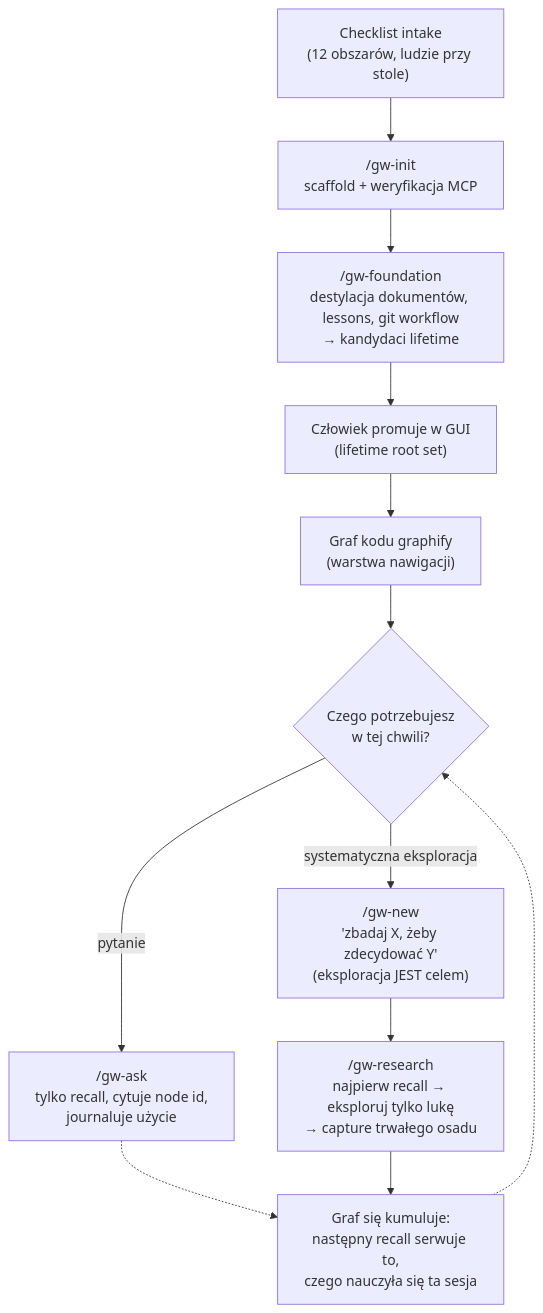
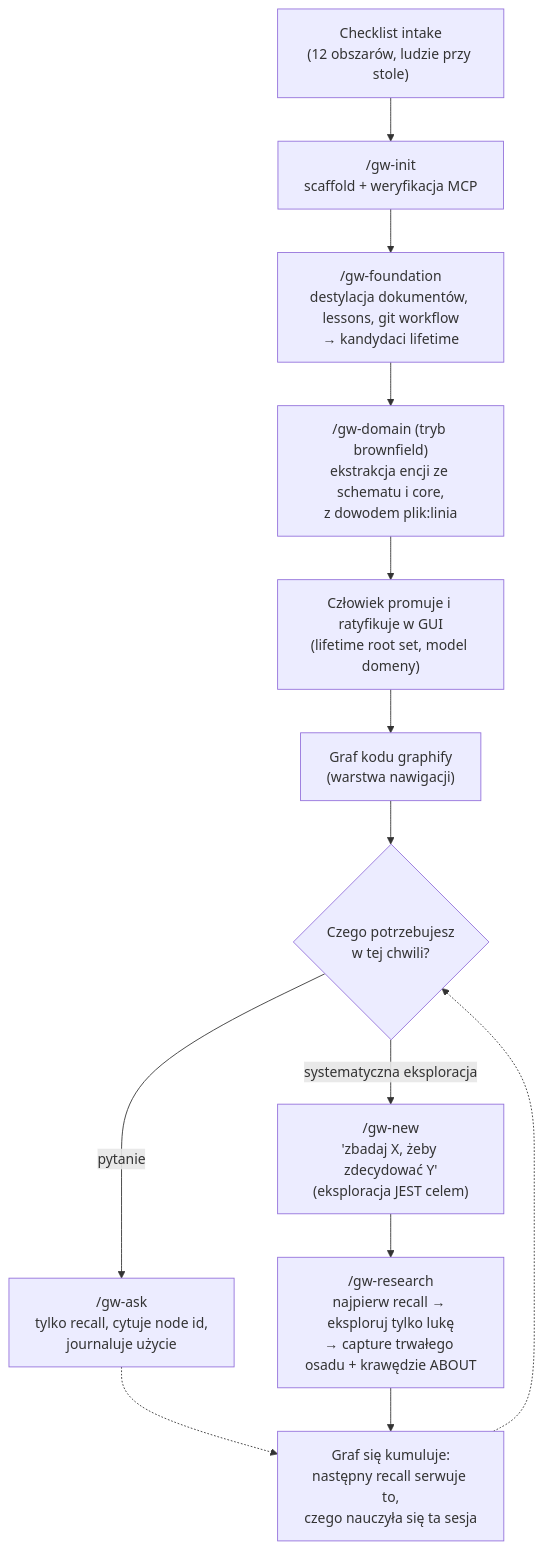
The diagram in docs/LEARNING-A-CODEBASE.pl.md (mt3o-dev/graph-workflow), drawn with Mermaid before and after one commit. The commit also changed other lines of this file and 2 other files, not shown here.

````diff
--- a/docs/LEARNING-A-CODEBASE.pl.md
+++ b/docs/LEARNING-A-CODEBASE.pl.md
@@ -13,14 +13,15 @@
 ```mermaid
 flowchart TD
     INTAKE["Checklist intake<br/>(12 obszarów, ludzie przy stole)"] --> INIT["/gw-init<br/>scaffold + weryfikacja MCP"]
     INIT --> FOUND["/gw-foundation<br/>destylacja dokumentów, lessons, git workflow<br/>→ kandydaci lifetime"]
-    FOUND --> PROMOTE["Człowiek promuje w GUI<br/>(lifetime root set)"]
+    FOUND --> DOM["/gw-domain (tryb brownfield)<br/>ekstrakcja encji ze schematu i core,<br/>z dowodem plik:linia"]
+    DOM --> PROMOTE["Człowiek promuje i ratyfikuje w GUI<br/>(lifetime root set, model domeny)"]
     PROMOTE --> GRAPHIFY["Graf kodu graphify<br/>(warstwa nawigacji)"]
     GRAPHIFY --> Q{Czego potrzebujesz<br/>w tej chwili?}
     Q -- "pytanie" --> ASK["/gw-ask<br/>tylko recall, cytuje node id,<br/>journaluje użycie"]
     Q -- "systematyczna eksploracja" --> NEW["/gw-new<br/>'zbadaj X, żeby zdecydować Y'<br/>(eksploracja JEST celem)"]
-    NEW --> RES["/gw-research<br/>najpierw recall → eksploruj tylko lukę<br/>→ capture trwałego osadu"]
+    NEW --> RES["/gw-research<br/>najpierw recall → eksploruj tylko lukę<br/>→ capture trwałego osadu + krawędzie ABOUT"]
     ASK -.-> COMPOUND
     RES --> COMPOUND["Graf się kumuluje:<br/>następny recall serwuje to,<br/>czego nauczyła się ta sesja"]
     COMPOUND -.-> Q
 ```
````
